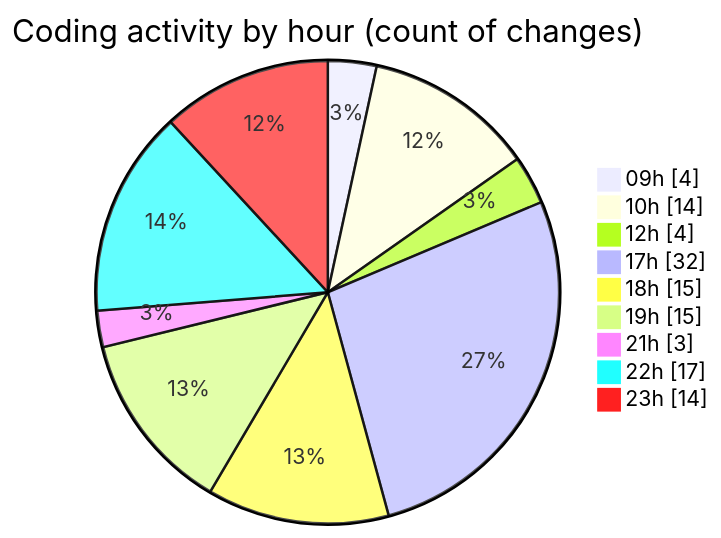
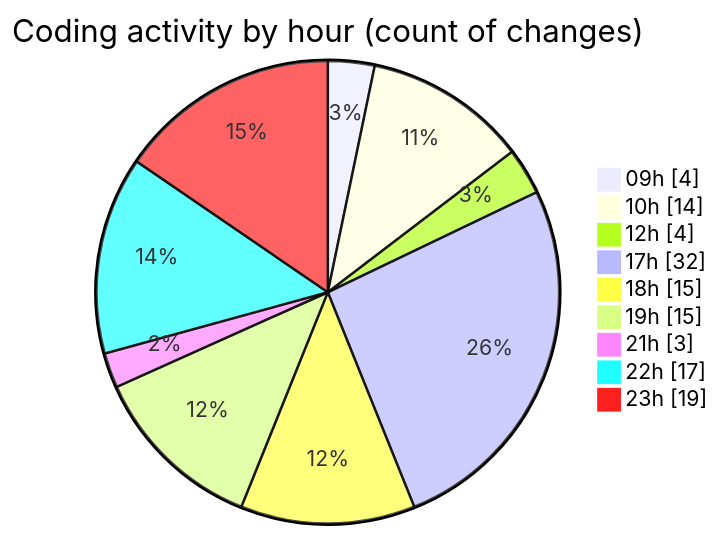
The second of 2 diagrams in 2025-05-06/niten/README.md (Elitesun/code-tracking), drawn with Mermaid before and after one commit. The commit also changed other lines of this file and 1 other file, not shown here.

````diff
--- a/2025-05-06/niten/README.md
+++ b/2025-05-06/niten/README.md
@@ -67,13 +69,13 @@
 ```mermaid
 pie showData
 title Coding activity by hour (count of changes)
 "09h" : 4
 "10h" : 14
 "12h" : 4
 "17h" : 32
 "18h" : 15
 "19h" : 15
 "21h" : 3
 "22h" : 17
-"23h" : 14
+"23h" : 19
 ```
````
